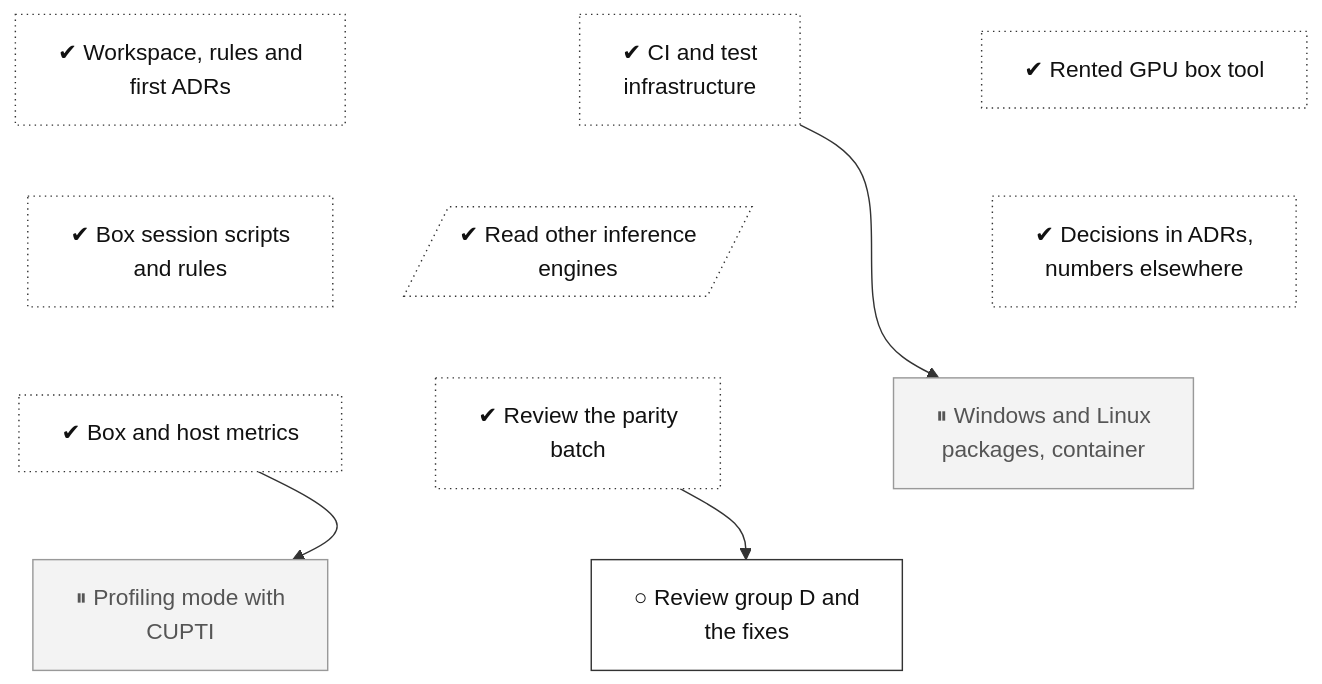
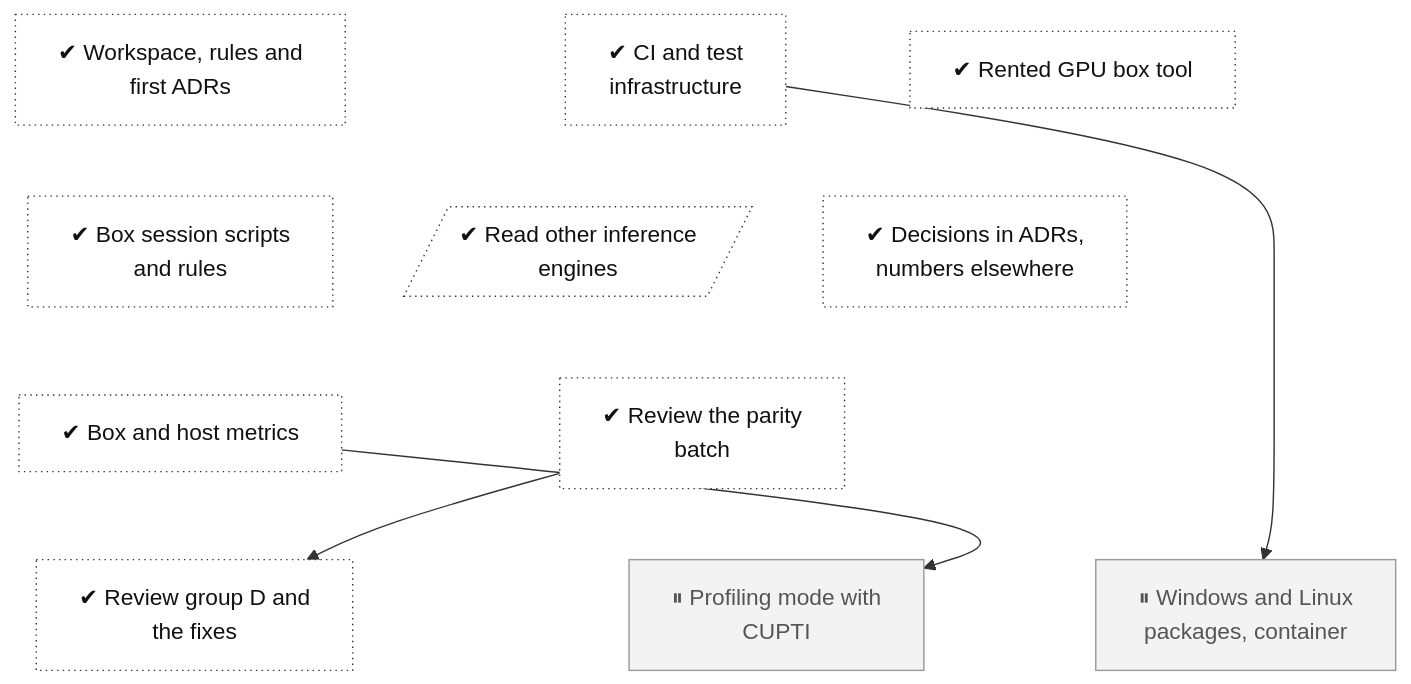
Before and after one commit to lhns/tetraeder: the diagram in docs/roadmap/tracks/ops.md, drawn with Mermaid. The commit also changed other lines of this file and 4 other files, not shown here.

Commit message:
after M2, review 2 fixes, ADR 0083 decision 6 audit; ops-review-group-d done (795 passed, 2 skipped, 6 xfailed), regression gate next; not measured

````diff
--- a/docs/roadmap/tracks/ops.md
+++ b/docs/roadmap/tracks/ops.md
@@ -10,43 +10,42 @@
 ```mermaid
 flowchart TB
     ops_foundations["✔ Workspace, rules and<br/>first ADRs"]
     ops_ci["✔ CI and test<br/>infrastructure"]
     ops_taxameter["✔ Rented GPU box tool"]
     ops_box_driver["✔ Box session scripts<br/>and rules"]
     ops_external_reads[/"✔ Read other inference<br/>engines"/]
     ops_docs["✔ Decisions in ADRs,<br/>numbers elsewhere"]
     ops_telemetry["✔ Box and host metrics"]
     ops_review_parity_batch["✔ Review the parity<br/>batch"]
+    ops_review_group_d["✔ Review group D and<br/>the fixes"]
     ops_packages["⏸ Windows and Linux<br/>packages, container"]
     ops_profiling_mode["⏸ Profiling mode with<br/>CUPTI"]
-    ops_review_group_d["○ Review group D and<br/>the fixes"]
     ops_foundations ~~~ ops_box_driver
     ops_ci ~~~ ops_external_reads
     ops_taxameter ~~~ ops_docs
     ops_box_driver ~~~ ops_telemetry
     ops_external_reads ~~~ ops_review_parity_batch
-    ops_docs ~~~ ops_packages
-    ops_telemetry ~~~ ops_profiling_mode
-    ops_review_parity_batch ~~~ ops_review_group_d
-    ops_packages ~~~ ops_review_group_d
+    ops_docs ~~~ ops_review_parity_batch
+    ops_telemetry ~~~ ops_review_group_d
+    ops_review_parity_batch ~~~ ops_packages
+    ops_review_parity_batch ~~~ ops_profiling_mode
+    ops_review_parity_batch --> ops_review_group_d
     ops_ci --> ops_packages
     ops_telemetry --> ops_profiling_mode
-    ops_review_parity_batch --> ops_review_group_d
     classDef vsucc fill:#2e9e4f,stroke:#1b6b34,color:#fff
     classDef succ fill:#bfe8c8,stroke:#2e9e4f,color:#111
     classDef mixed fill:#ffd37a,stroke:#c98a00,color:#111
     classDef bad fill:#f28b82,stroke:#b3261e,color:#111
     classDef dead fill:#e6e6e6,stroke:#777,stroke-dasharray:5 5,color:#555
     classDef inprog fill:#a8cdf5,stroke:#1f6fc5,color:#111
     classDef next fill:#fff,stroke:#333,color:#111
     classDef blocked fill:#fff,stroke:#b3261e,stroke-dasharray:2 2,color:#111
     classDef parked fill:#f3f3f3,stroke:#999,color:#555
     classDef unrated fill:#fff,stroke:#333,stroke-dasharray:1 3,color:#111
     classDef gate fill:#d9c2f0,stroke:#7b3fb5,color:#111
     classDef decided fill:#ece0f7,stroke:#7b3fb5,stroke-dasharray:2 2,color:#111
     classDef finding fill:#ffe0b2,stroke:#d84315,stroke-width:2px,color:#111
     classDef waiting fill:#e3f2fd,stroke:#1f6fc5,stroke-dasharray:5 5,color:#111
-    class ops_foundations,ops_ci,ops_taxameter,ops_box_driver,ops_external_reads,ops_docs,ops_telemetry,ops_review_parity_batch unrated
+    class ops_foundations,ops_ci,ops_taxameter,ops_box_driver,ops_external_reads,ops_docs,ops_telemetry,ops_review_parity_batch,ops_review_group_d unrated
     class ops_packages,ops_profiling_mode parked
-    class ops_review_group_d next
 ```
````
